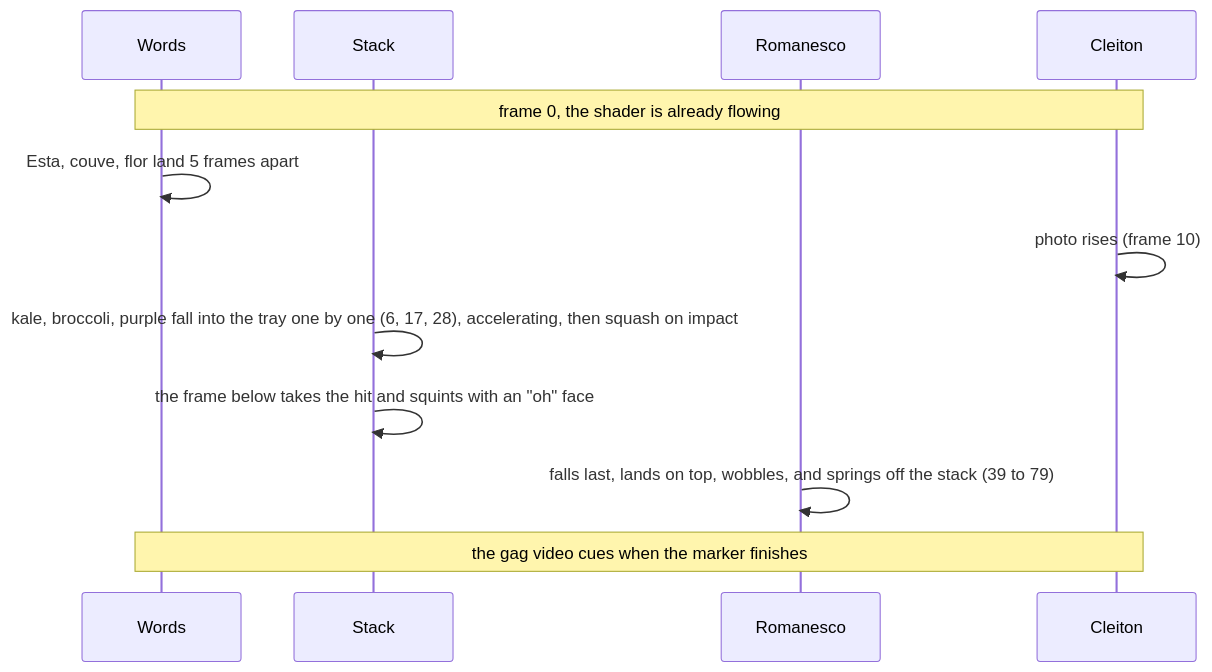
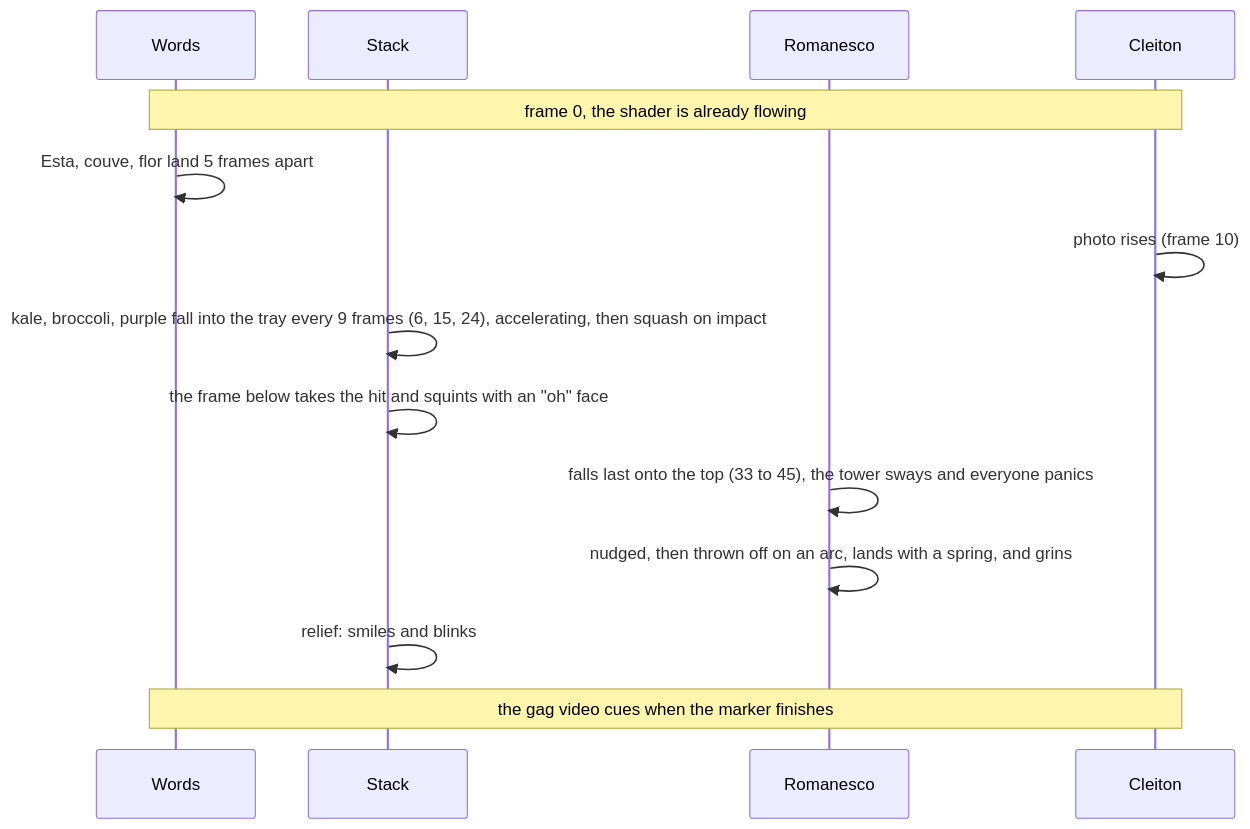
The fourth of 4 diagrams in docs/design.md (klaygomes/klaygomes.github.io), drawn with Mermaid before and after one commit. The commit also changed other lines of this file and 3 other files, not shown here.

Commit message:
fix: the romanesco tips off on an upright arc instead of rolling, and the stack fills faster

````diff
--- a/docs/design.md
+++ b/docs/design.md
@@ -122,14 +125,16 @@
 ```mermaid
 sequenceDiagram
   participant W as Words
   participant S as Stack
   participant R as Romanesco
   participant C as Cleiton
   Note over W,C: frame 0, the shader is already flowing
   W->>W: Esta, couve, flor land 5 frames apart
   C->>C: photo rises (frame 10)
-  S->>S: kale, broccoli, purple fall into the tray one by one (6, 17, 28), accelerating, then squash on impact
+  S->>S: kale, broccoli, purple fall into the tray every 9 frames (6, 15, 24), accelerating, then squash on impact
   S->>S: the frame below takes the hit and squints with an "oh" face
-  R->>R: falls last, lands on top, wobbles, and springs off the stack (39 to 79)
+  R->>R: falls last onto the top (33 to 45), the tower sways and everyone panics
+  R->>R: nudged, then thrown off on an arc, lands with a spring, and grins
+  S->>S: relief: smiles and blinks
   Note over W,C: the gag video cues when the marker finishes
 ```
````
